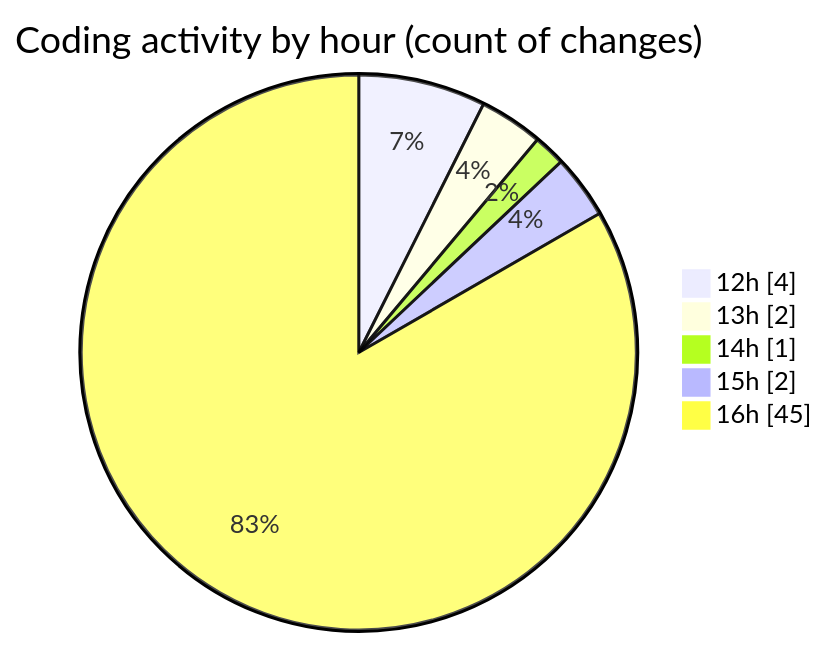
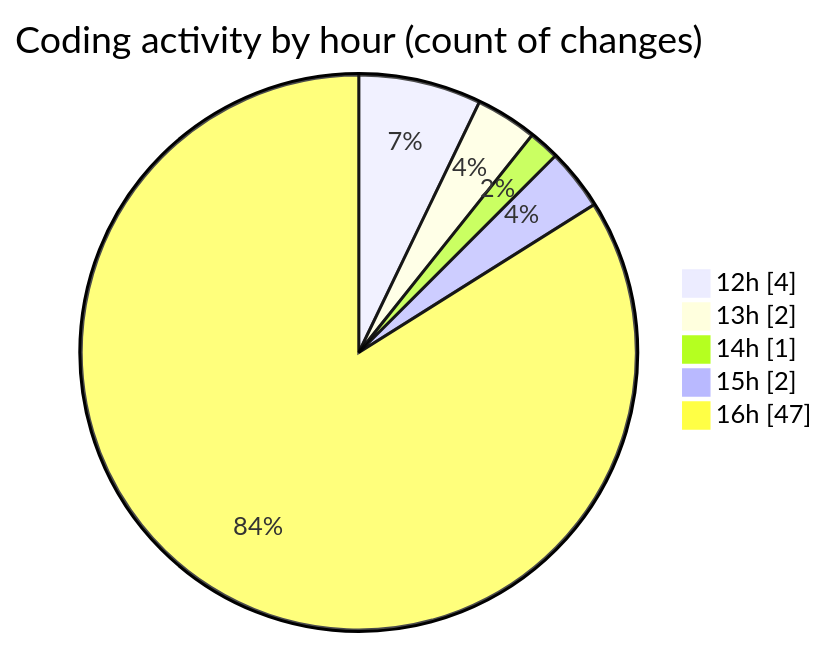
Before and after one commit to nxtqubesakshisongat/code-tracking: the second of 2 diagrams in 2026-06-12/nxtqube_webapp/README.md, drawn with Mermaid. The commit also changed other lines of this file and 1 other file, not shown here.

````diff
--- a/2026-06-12/nxtqube_webapp/README.md
+++ b/2026-06-12/nxtqube_webapp/README.md
@@ -30,9 +30,9 @@
 ```mermaid
 pie showData
 title Coding activity by hour (count of changes)
 "12h" : 4
 "13h" : 2
 "14h" : 1
 "15h" : 2
-"16h" : 45
+"16h" : 47
 ```
````
